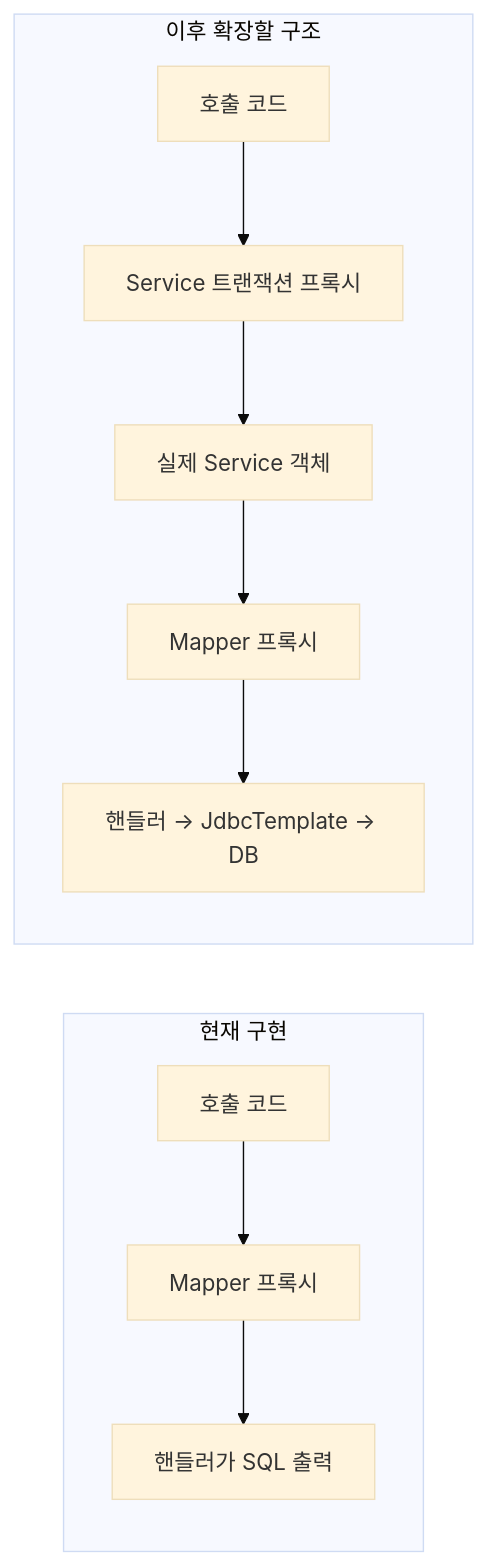
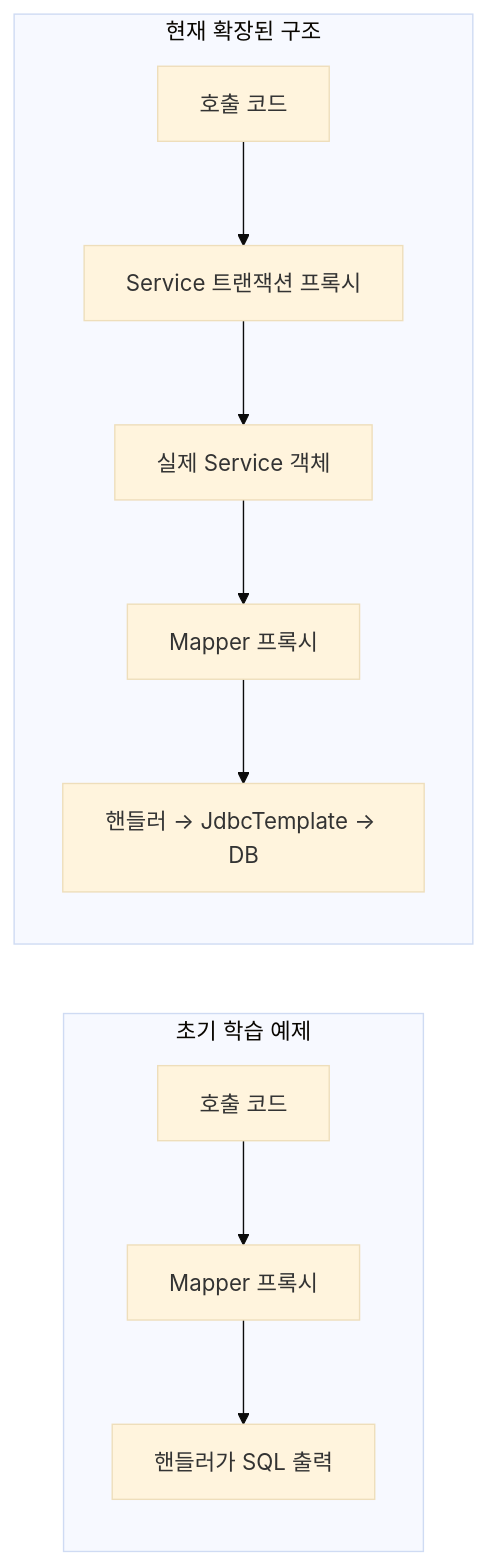
One commit to whoisyourbias/simple-jorm changed the sixth of 6 diagrams in doc/02-mapper/01-proxy-execution.md. Above: the diagram before and after it, drawn with Mermaid (base theme). The commit also changed other lines of this file and 13 other files, not shown here.

````diff
--- a/doc/02-mapper/01-proxy-execution.md
+++ b/doc/02-mapper/01-proxy-execution.md
@@ -156,10 +158,10 @@
 ```mermaid
 flowchart LR
-    subgraph Current["현재 구현"]
+    subgraph Current["초기 학습 예제"]
         A["호출 코드"] --> B["Mapper 프록시"] --> C["핸들러가 SQL 출력"]
     end
-    subgraph Future["이후 확장할 구조"]
+    subgraph Future["현재 확장된 구조"]
         D["호출 코드"] --> E["Service 트랜잭션 프록시"] --> F["실제 Service 객체"]
         F --> G["Mapper 프록시"] --> H["핸들러 → JdbcTemplate → DB"]
     end
 ```
````
